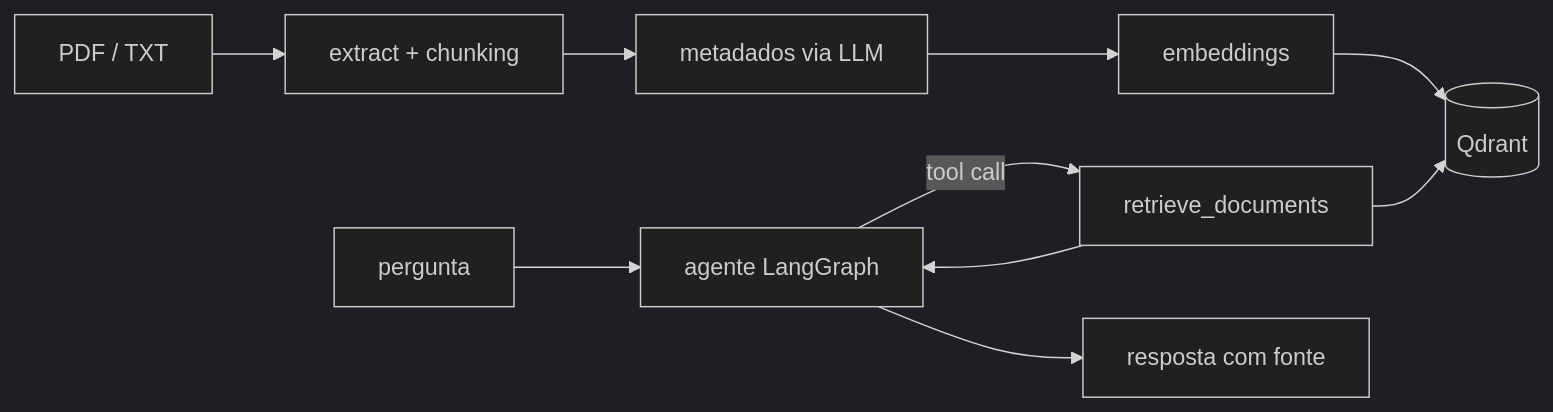
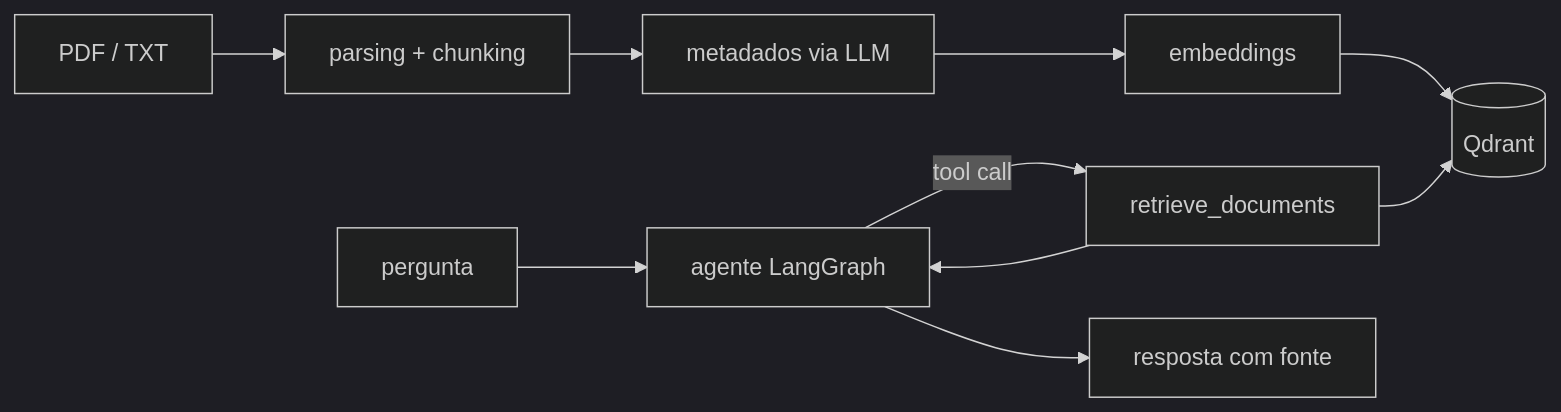
One commit to Dev-PPrado/Dev-PPrado.github.io changed the diagram in src/content/projects/rag-production.md. Above: the diagram before and after it, drawn with Mermaid (dark theme). The commit also changed other lines of this file, not shown here.

````diff
--- a/src/content/projects/rag-production.md
+++ b/src/content/projects/rag-production.md
@@ -31,12 +31,12 @@
 ```mermaid
 flowchart LR
-  DOC[PDF / TXT] --> P[extract + chunking]
+  DOC[PDF / TXT] --> P[parsing + chunking]
   P --> M[metadados via LLM]
   M --> E[embeddings]
   E --> Q[(Qdrant)]
   U[pergunta] --> A[agente LangGraph]
   A -- tool call --> R[retrieve_documents]
   R --> Q
   R --> A
   A --> RESP[resposta com fonte]
 ```
````
